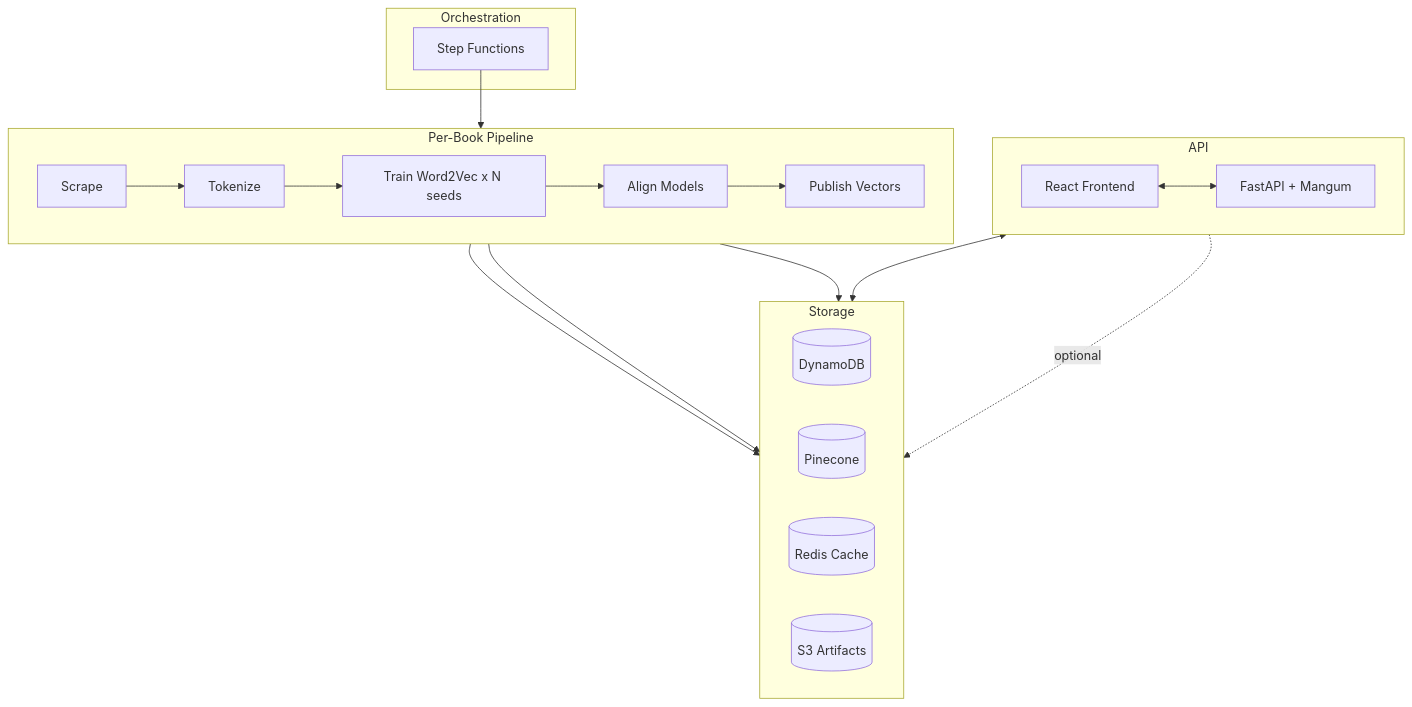
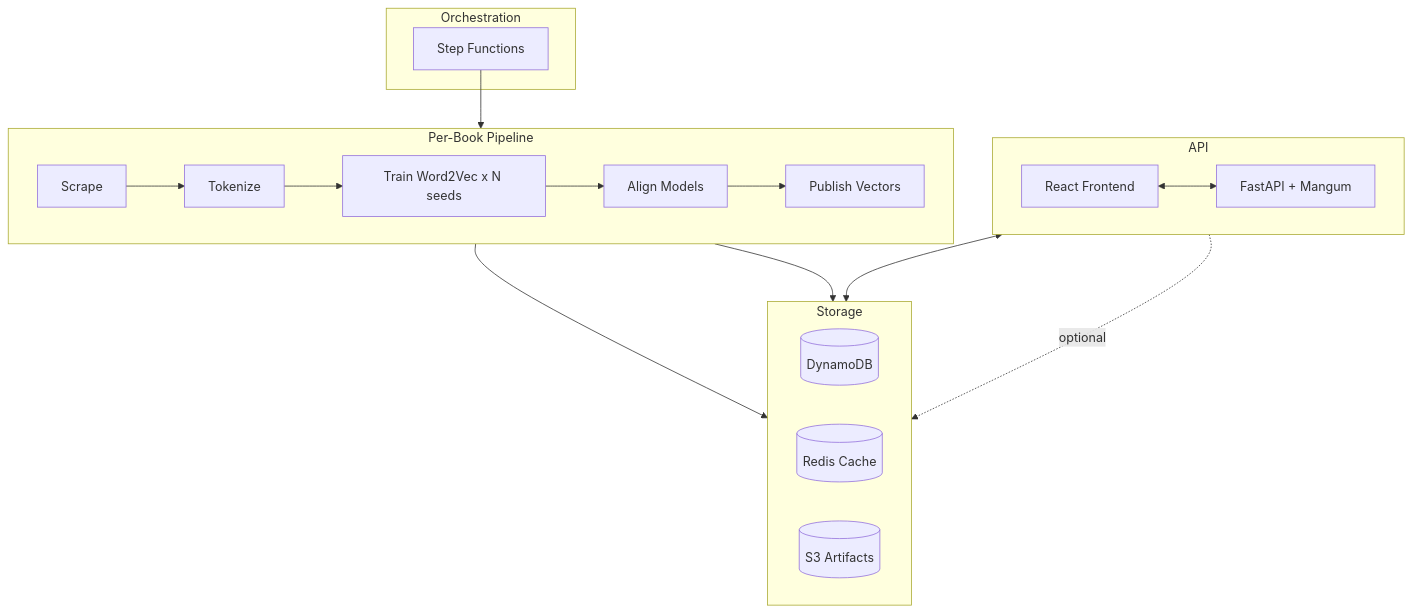
The diagram in README.md (areebms/embedding-analytics), drawn with Mermaid before and after one commit. The commit also changed other lines of this file and 20 other files, not shown here.

````diff
--- a/README.md
+++ b/README.md
@@ -46,31 +46,29 @@
 ```mermaid
 graph TD
     subgraph Orchestration
         SF[Step Functions]
     end
 
     subgraph API
         direction LR
         UI[React Frontend] <--> FAPI[FastAPI + Mangum]
     end
 
     subgraph Storage
         direction LR
         DDB[(DynamoDB)]
-        PC[(Pinecone)]
         RED[(Redis Cache)]
         S3[(S3 Artifacts)]
     end
 
     subgraph Pipeline [Per-Book Pipeline]
         direction LR
         SCR[Scrape] --> TOK[Tokenize] --> TRN["Train Word2Vec x N seeds"] --> ALN[Align Models] --> PUB[Publish Vectors]
     end
 
     SF --> Pipeline
     Pipeline --> S3
     PUB --> DDB
-    PUB --> PC
     FAPI <--> DDB
     FAPI -. optional .-> RED
 ```
````
